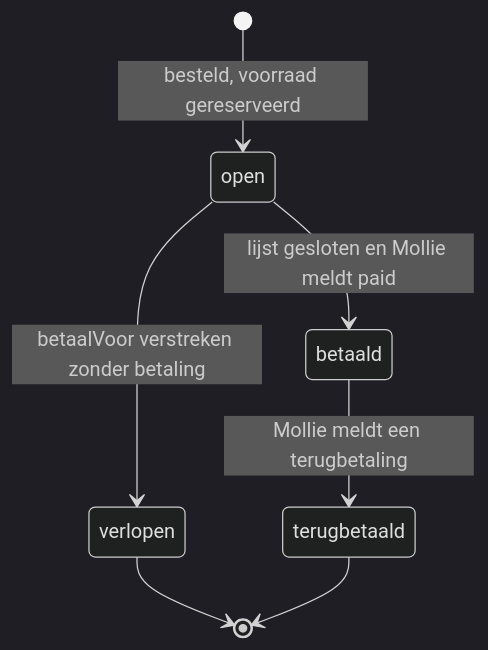
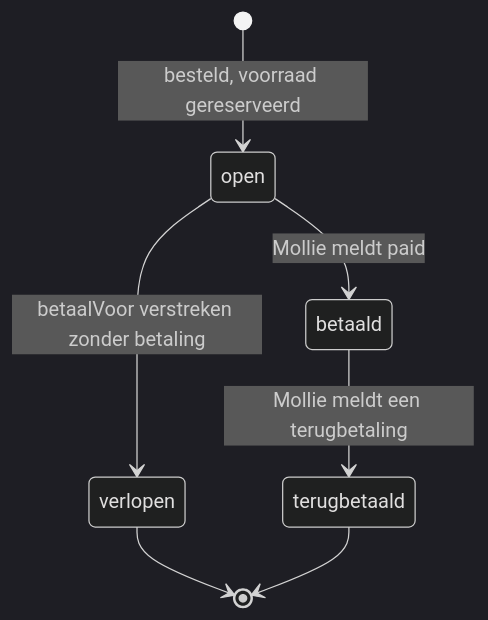
Before and after one commit to aidanvanlatestein-jpg/MarcsWijnClub: the diagram in docs/bouwspecificatie.md, drawn with Mermaid (dark theme). The commit also changed other lines of this file and 56 other files, not shown here.

````diff
--- a/docs/bouwspecificatie.md
+++ b/docs/bouwspecificatie.md
@@ -87,9 +96,9 @@
 ```mermaid
 stateDiagram-v2
     [*] --> open: besteld, voorraad gereserveerd
-    open --> betaald: lijst gesloten en Mollie meldt paid
+    open --> betaald: Mollie meldt paid
     open --> verlopen: betaalVoor verstreken zonder betaling
     betaald --> terugbetaald: Mollie meldt een terugbetaling
     verlopen --> [*]
     terugbetaald --> [*]
 ```
````
